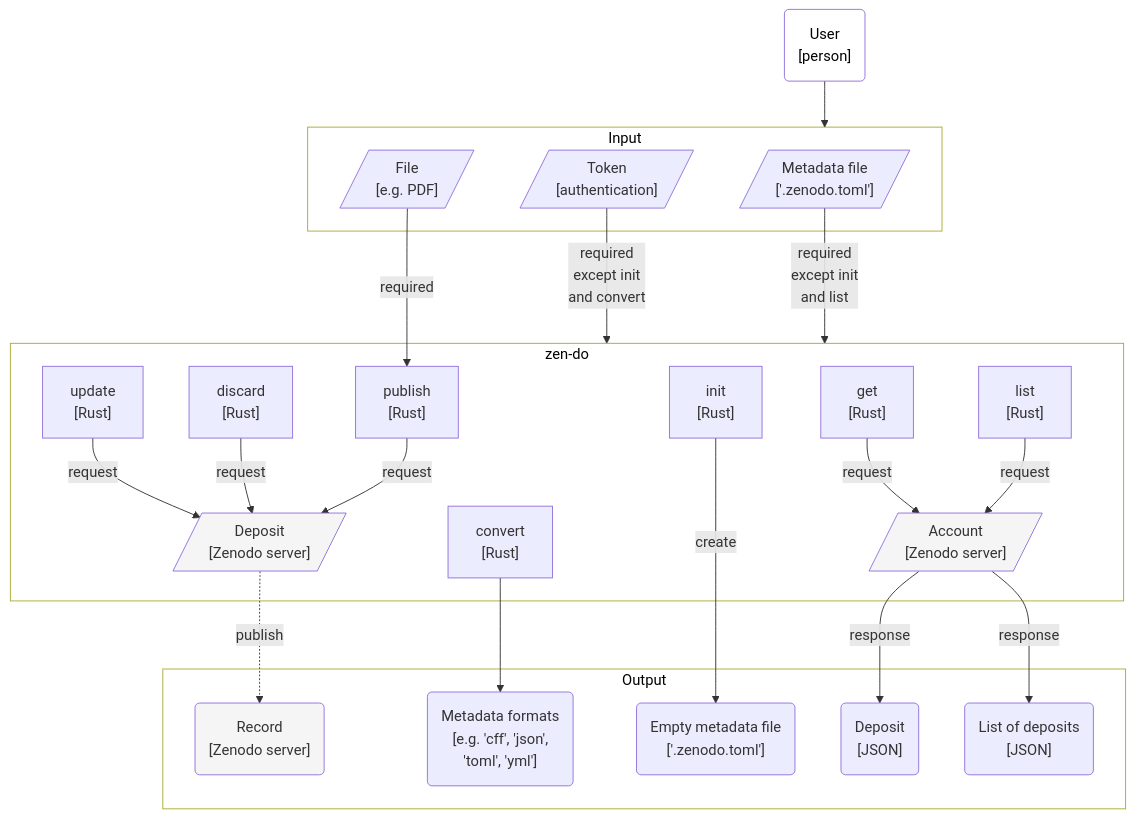
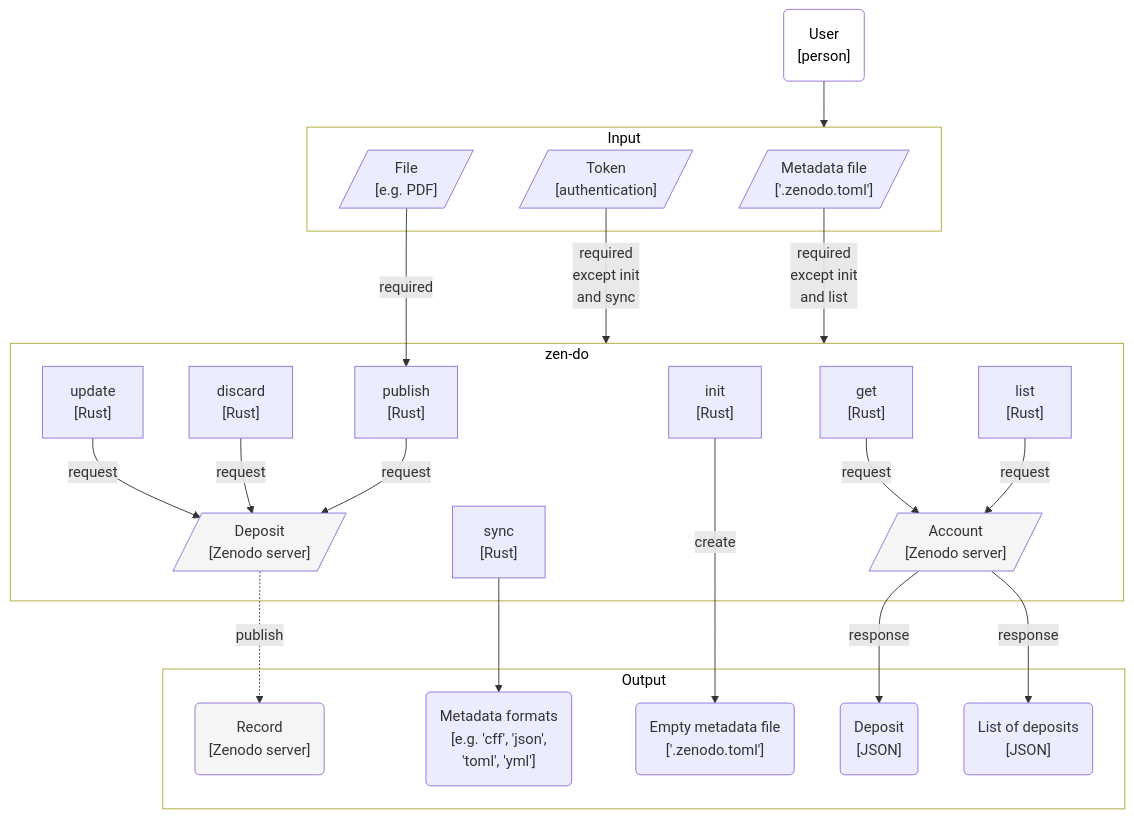
Before and after one commit to seedcase-project/zen-do: the second of 2 diagrams in docs/design/architecture.qmd, drawn with Mermaid. The commit also changed other lines of this file and 6 other files, not shown here.

Commit message:
refactor: 🚚 rename `convert` to `sync` (#282)

````diff
--- a/docs/design/architecture.qmd
+++ b/docs/design/architecture.qmd
@@ -108,64 +108,64 @@
 ```{mermaid}
 %%| label: fig-c4-container
 %%| fig-cap: >-
 %%|   Diagram showing the inputs, outputs, and actions within zen-do.
 %%|   Parallogram boxes represent input and output, the rectangles represents
 %%|   actions, and the rounded boxes represent the start and end points of the
 %%|   flow. The gray boxes represent external systems, in this case, the Zenodo
 %%|   server.
 %%| fig-alt: >-
 %%|   Flowchart diagram with boxes and arrows/connections for the different
 %%|   objects and actions, focusing on the content of zen-do. The user interacts
 %%|   with the metadata file, the metadata formats, and the file(s) to add to a
 %%|   deposit while the zen-do CLI contains several actions to interact with the
 %%|   Zenodo server for both deposits and records.
 
 flowchart TB
     user("User<br>[person]"):::user
 
     subgraph input ["Input"]
         metadata[/"Metadata file<br>['.zenodo.toml']"/]
         file[/"File<br>[e.g. PDF]"/]
         token[/"Token<br>[authentication]"/]
     end
 
     subgraph zen-do
         init["init<br>[Rust]"]
         get["get<br>[Rust]"]
         list["list<br>[Rust]"]
-        convert["convert<br>[Rust]"]
+        sync["sync<br>[Rust]"]
         update["update<br>[Rust]"]
         publish["publish<br>[Rust]"]
         discard["discard<br>[Rust]"]
         deposit[/"Deposit<br>[Zenodo server]"/]:::external
         account[/"Account<br>[Zenodo server]"/]:::external
 
         update & discard & publish -->|request| deposit
         get & list -->|request| account
     end
 
     subgraph output ["Output"]
         record("Record<br>[Zenodo server]"):::external
         metadata_formats("Metadata formats<br>[e.g. 'cff', 'json',<br>'toml', 'yml']")
         empty_metadata("Empty metadata file<br>['.zenodo.toml']")
         deposit_get("Deposit<br>[JSON]")
         deposits_list("List of deposits<br>[JSON]")
     end
 
     deposit -.->|publish| record
     account -->|response| deposit_get
     account -->|response| deposits_list
-    convert --> metadata_formats
+    sync --> metadata_formats
     init -->|create| empty_metadata
     user --> input
-    token -->|required<br>except init<br>and convert| zen-do
+    token -->|required<br>except init<br>and sync| zen-do
     metadata -->|required<br>except init<br>and list| zen-do
     file -->|required| publish
 
     %% Styling
     style zen-do fill:#FFFFFF,color:#000000;
     style output fill:#FFFFFF,color:#000000;
     style input fill:#FFFFFF,color:#000000;
     classDef user fill:#FFFFFF,color:#000000;
     classDef external fill:#F5F5F5;
 ```
````
